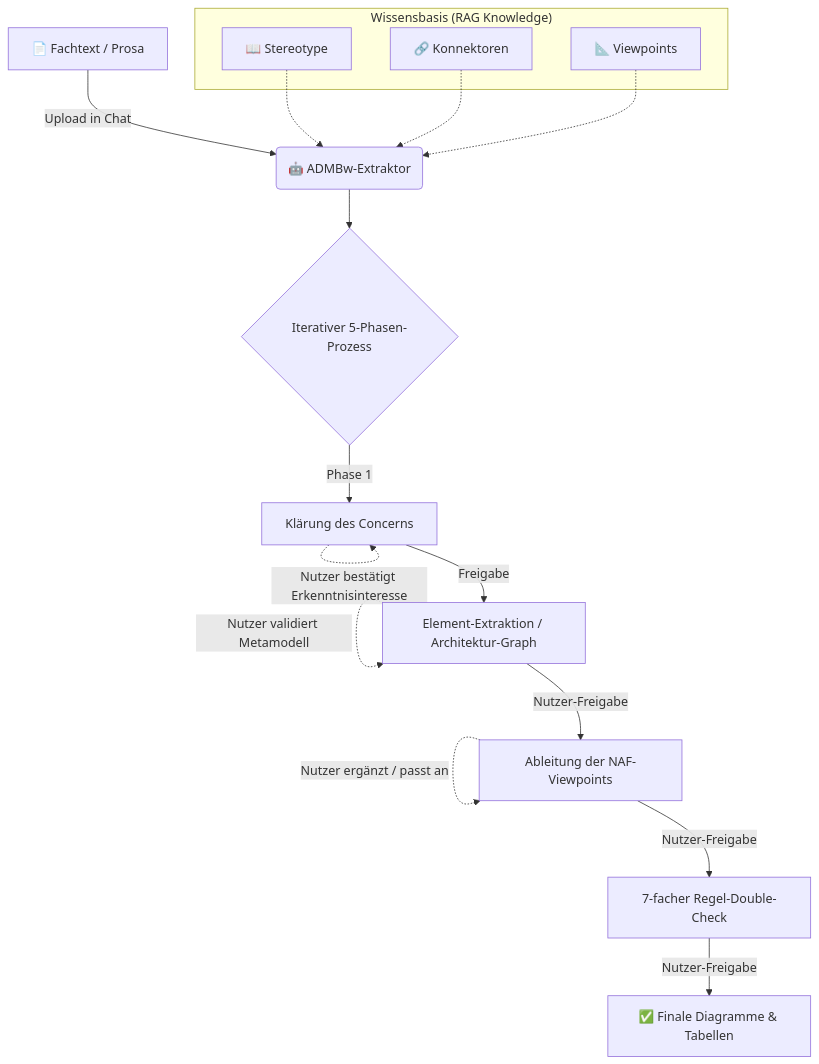
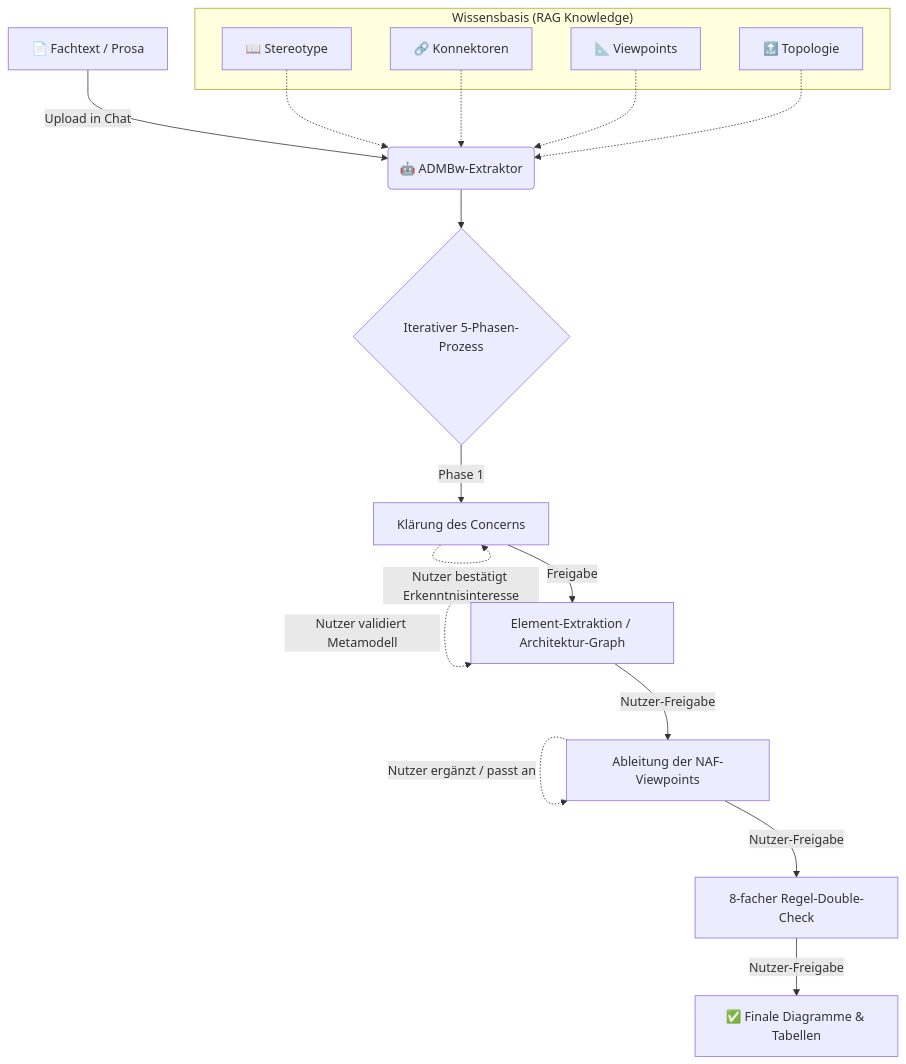
Before and after one commit to Mitchel85/admbw-extractor: the diagram in README.md, drawn with Mermaid. The commit also changed other lines of this file, not shown here.

First line of the commit message:
docs: README auf 8-fach Double-Check + 4 Knowledge-Dateien aktualisiert

````diff
--- a/README.md
+++ b/README.md
@@ -46,29 +46,31 @@
 ```mermaid
 graph TD
     A[📄 Fachtext / Prosa] -->|Upload in Chat| B(🤖 ADMBw-Extraktor)
     
     subgraph "Wissensbasis (RAG Knowledge)"
     C1[📖 Stereotype]
     C2[🔗 Konnektoren]
     C3[📐 Viewpoints]
+    C4[🔝 Topologie]
     end
     
     C1 -.-> B
     C2 -.-> B
     C3 -.-> B
+    C4 -.-> B
     
     B --> E{Iterativer 5-Phasen-Prozess}
     
     E -->|Phase 1| F0[Klärung des Concerns]
     F0 -.->|Nutzer bestätigt Erkenntnisinteresse| F0
     
     F0 -->|Freigabe| F[Element-Extraktion / Architektur-Graph]
     F -.->|Nutzer validiert Metamodell| F
     
     F -->|Nutzer-Freigabe| G[Ableitung der NAF-Viewpoints]
     G -.->|Nutzer ergänzt / passt an| G
     
-    G -->|Nutzer-Freigabe| H[7-facher Regel-Double-Check]
+    G -->|Nutzer-Freigabe| H[8-facher Regel-Double-Check]
     
     H -->|Nutzer-Freigabe| I[✅ Finale Diagramme & Tabellen]
 ```
````
